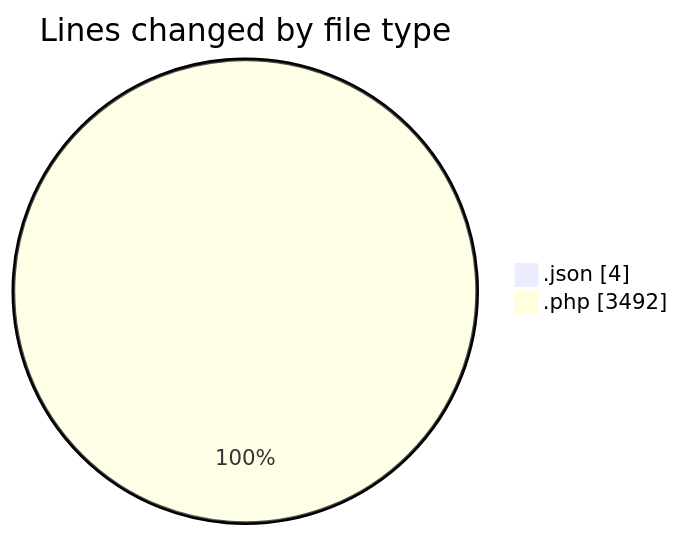
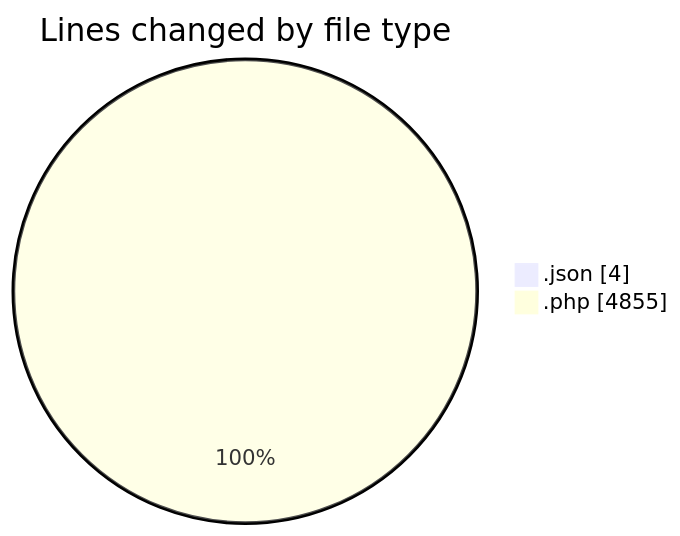
Before and after one commit to debugP/code-tracking: the first of 2 diagrams in 2026-06-30/wp-content/README.md, drawn with Mermaid. The commit also changed other lines of this file and 1 other file, not shown here.

````diff
--- a/2026-06-30/wp-content/README.md
+++ b/2026-06-30/wp-content/README.md
@@ -29,6 +40,6 @@
 ```mermaid
 pie showData
 title Lines changed by file type
 ".json" : 4
-".php" : 3492
+".php" : 4855
 ```
````
